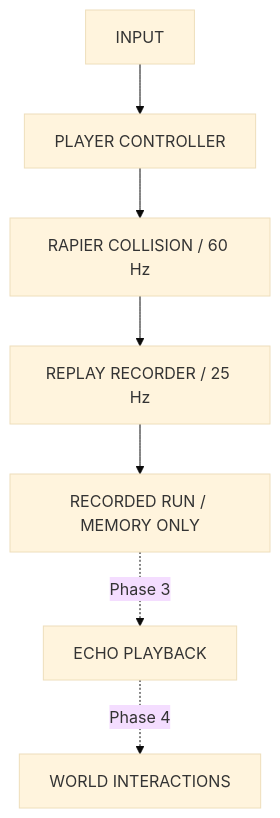
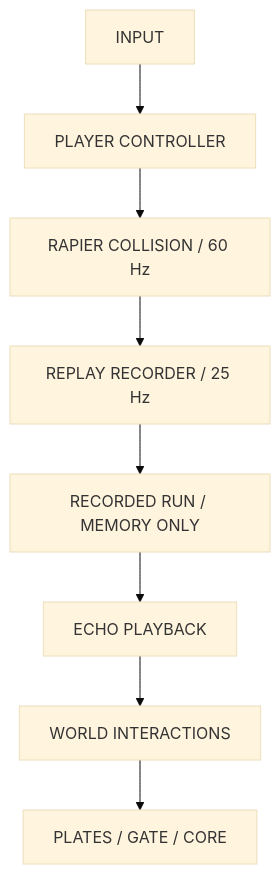
One commit to PranavAvasthi/echo-shift changed the diagram in README.md. Above: the diagram before and after it, drawn with Mermaid (base theme). The commit also changed other lines of this file and 3 other files, not shown here.

````diff
--- a/README.md
+++ b/README.md
@@ -86,9 +101,10 @@
 ```mermaid
 flowchart TD
   I[INPUT] --> P[PLAYER CONTROLLER]
   P --> C[RAPIER COLLISION / 60 Hz]
   C --> R[REPLAY RECORDER / 25 Hz]
   R --> D[RECORDED RUN / MEMORY ONLY]
-  D -. Phase 3 .-> E[ECHO PLAYBACK]
-  E -. Phase 4 .-> W[WORLD INTERACTIONS]
+  D --> E[ECHO PLAYBACK]
+  E --> W[WORLD INTERACTIONS]
+  W --> G[PLATES / GATE / CORE]
 ```
````
